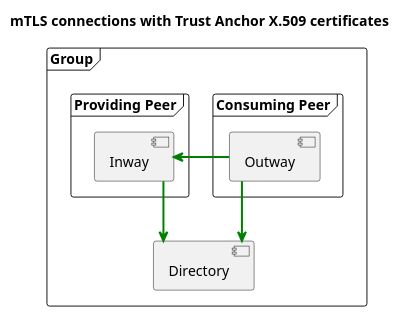
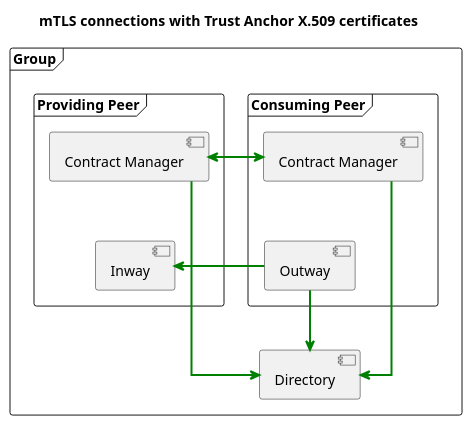
One commit to Logius-standaarden/fsc-core changed the diagram in diagrams/seq-mtls-connections.puml. Above: the diagram before and after it, drawn with PlantUML. The commit also changed 5 other files, not shown here.

```diff
--- a/diagrams/seq-mtls-connections.puml
+++ b/diagrams/seq-mtls-connections.puml
@@ -1,20 +1,27 @@
 @startuml
 title mTLS connections with Trust Anchor X.509 certificates
 
 frame "Group" {
   frame "Consuming Peer" {
-    [Outway]
+    component Outway as outway
+    component "Contract Manager" as contractManagerConsumingPeer
   }
   frame "Providing Peer" {
-     [Inway]
+     Component Inway as inway
+     component "Contract Manager" as contractManagerProvidingPeer
   }
-  [Directory]
+  component Directory as directory
 }
-[Outway] -[bold,#green]r-> [Inway]
-[Outway] -[bold,#green]d-> [Directory]
-[Inway] -[bold,#green]d-> [Directory]
+
+contractManagerConsumingPeer <-[bold,#green]l-> contractManagerProvidingPeer
+contractManagerProvidingPeer -[bold,#green]d-> directory
+contractManagerConsumingPeer -[bold,#green]d-> directory
+outway -[bold,#green]d-> directory
+outway -[bold,#green]l-> inway
+outway -[hidden]u-> contractManagerConsumingPeer
+inway -[hidden]u-> contractManagerProvidingPeer
 
 skinparam boxPadding 50
 skinparam linetype polyline
 skinparam linetype ortho
 @enduml
```
